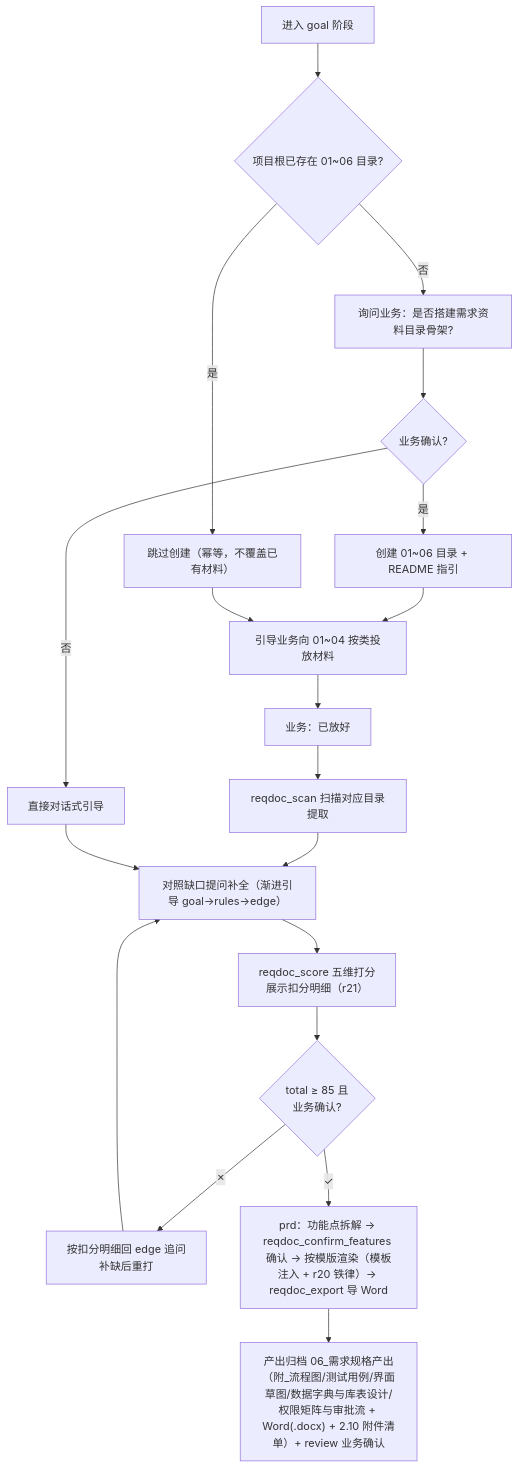
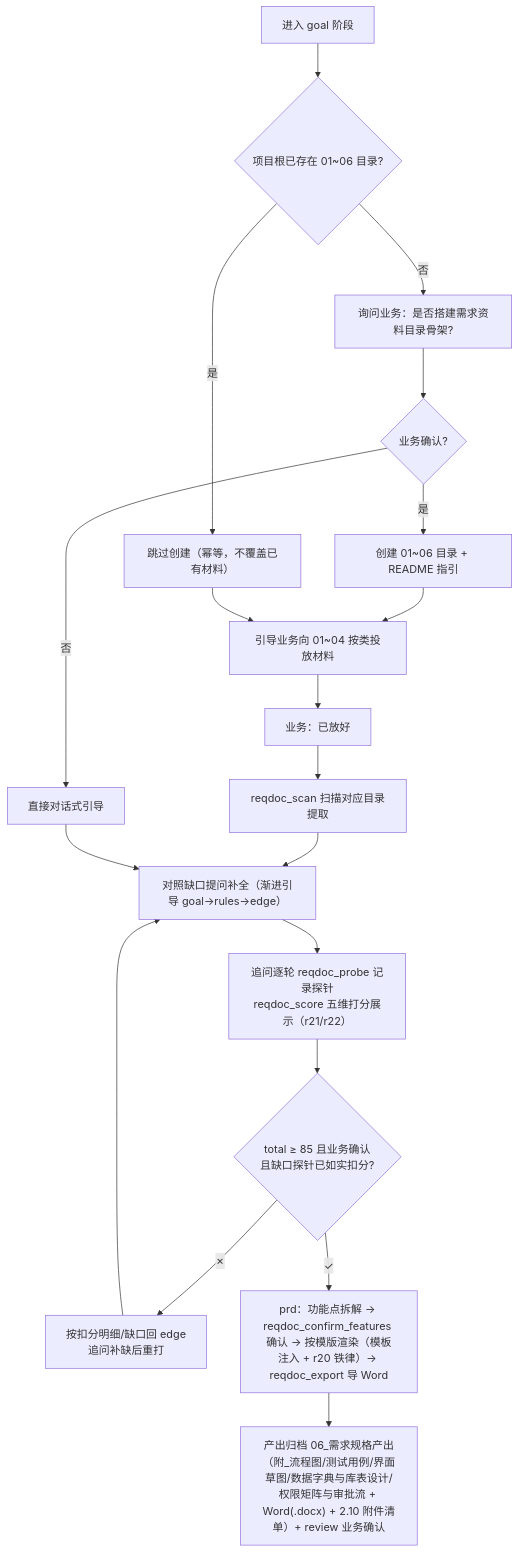
One commit to wonglaitung/opencode changed diagram 17 of 18 in opencode-session-mgmt/docs/session-management.md. Above: the diagram before and after it, drawn with Mermaid. The commit also changed other lines of this file and 14 other files, not shown here.

First line of the commit message:
feat(reqdoc): P1 追问可测化——探针清单 + reqdoc_probe 工具 + 柔性一致门禁

````diff
--- a/opencode-session-mgmt/docs/session-management.md
+++ b/opencode-session-mgmt/docs/session-management.md
@@ -1500,21 +1503,21 @@
 ```mermaid
 flowchart TD
     A["进入 goal 阶段"] --> B{"项目根已存在 01~06 目录?"}
     B -- "否" --> C["询问业务：是否搭建需求资料目录骨架?"]
     C --> D{"业务确认?"}
     D -- "是" --> E["创建 01~06 目录 + README 指引"]
     D -- "否" --> F["直接对话式引导"]
     B -- "是" --> G["跳过创建（幂等，不覆盖已有材料）"]
     E --> H["引导业务向 01~04 按类投放材料"]
     G --> H
     H --> I["业务：已放好"]
     I --> J["reqdoc_scan 扫描对应目录提取"]
     J --> K["对照缺口提问补全（渐进引导 goal→rules→edge）"]
     F --> K
-    K --> S["reqdoc_score 五维打分<br/>展示扣分明细（r21）"]
-    S --> SG{"total ≥ 85 且<br/>业务确认?"}
-    SG -->|"✗"| K2["按扣分明细回 edge 追问<br/>补缺后重打"]
+    K --> S["追问逐轮 reqdoc_probe 记录探针<br/>reqdoc_score 五维打分展示（r21/r22）"]
+    S --> SG{"total ≥ 85 且业务确认<br/>且缺口探针已如实扣分?"}
+    SG -->|"✗"| K2["按扣分明细/缺口回 edge<br/>追问补缺后重打"]
     K2 --> K
     SG -->|"✓"| L["prd：功能点拆解 → reqdoc_confirm_features 确认 → 按模版渲染（模板注入 + r20 铁律）→ reqdoc_export 导 Word"]
     L --> M["产出归档 06_需求规格产出（附_流程图/测试用例/界面草图/数据字典与库表设计/权限矩阵与审批流 + Word(.docx) + 2.10 附件清单）+ review 业务确认"]
 ```
````
